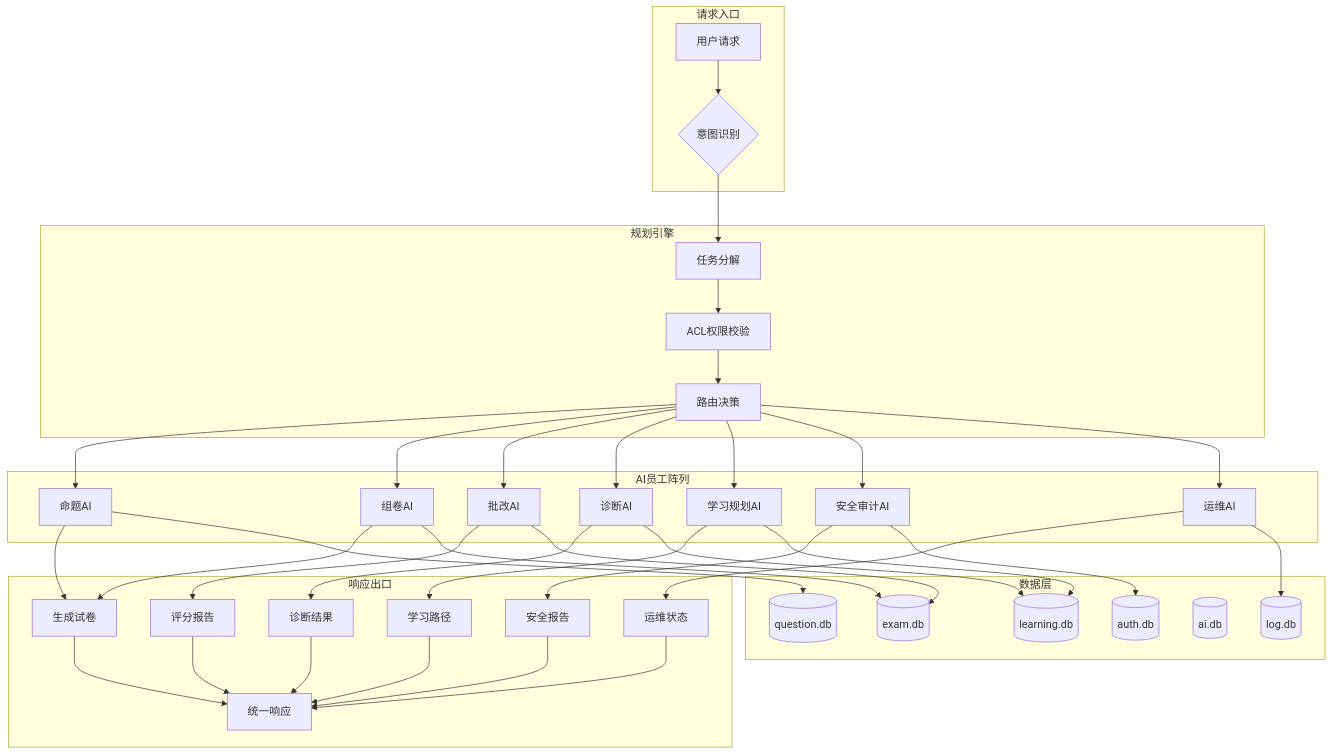
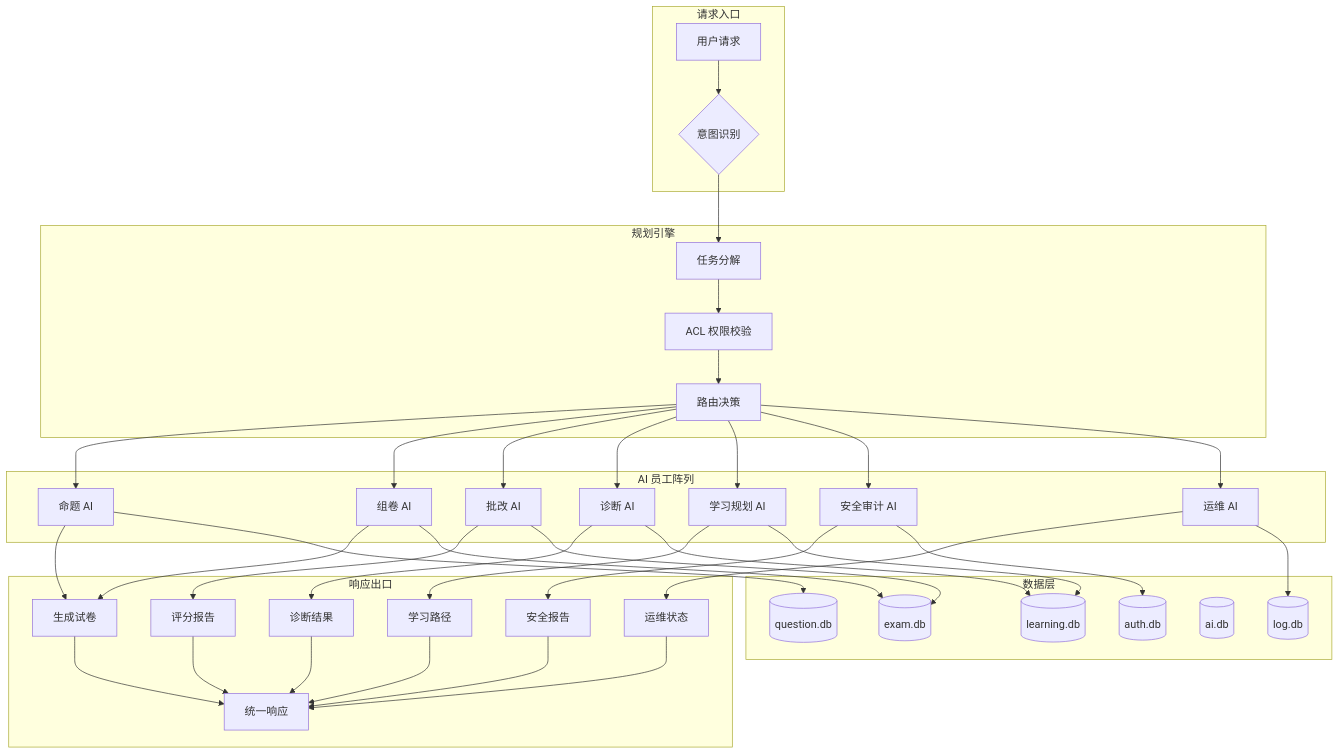
Before and after one commit to wuchenghao15/MTSCOS: the first of 2 diagrams in docs/MIND_MAP.md, drawn with Mermaid. The commit also changed other lines of this file and 375 other files, not shown here.

````diff
--- a/docs/MIND_MAP.md
+++ b/docs/MIND_MAP.md
@@ -126,50 +126,50 @@
 ```mermaid
 flowchart TD
     subgraph 请求入口
         A[用户请求] --> B{意图识别}
     end
 
     subgraph 规划引擎
         B --> C[任务分解]
-        C --> D[ACL权限校验]
+        C --> D[ACL 权限校验]
         D --> E[路由决策]
     end
 
-    subgraph AI员工阵列
-        E --> F[命题AI]
-        E --> G[组卷AI]
-        E --> H[批改AI]
-        E --> I[诊断AI]
-        E --> J[学习规划AI]
-        E --> K[安全审计AI]
-        E --> L[运维AI]
+    subgraph AI 员工阵列
+        E --> F[命题 AI]
+        E --> G[组卷 AI]
+        E --> H[批改 AI]
+        E --> I[诊断 AI]
+        E --> J[学习规划 AI]
+        E --> K[安全审计 AI]
+        E --> L[运维 AI]
     end
 
     subgraph 响应出口
         F --> M[生成试卷]
         G --> M
         H --> N[评分报告]
         I --> O[诊断结果]
         J --> P[学习路径]
         K --> Q[安全报告]
         L --> R[运维状态]
         M & N & O & P & Q & R --> S[统一响应]
     end
 
     subgraph 数据层
         T[(auth.db)]
         U[(exam.db)]
         V[(question.db)]
         W[(learning.db)]
         X[(ai.db)]
         Y[(log.db)]
     end
 
     F --> V
     G --> U
     H --> U
     I --> W
     J --> W
     K --> T
     L --> Y
 ```
````
